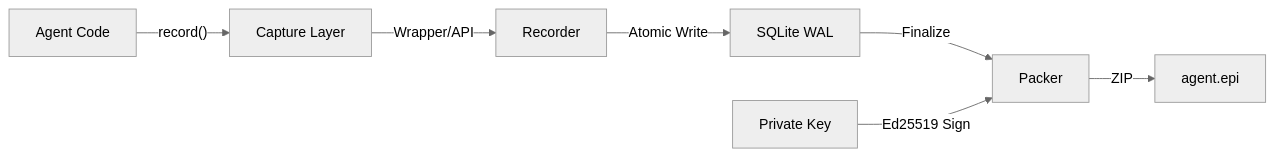
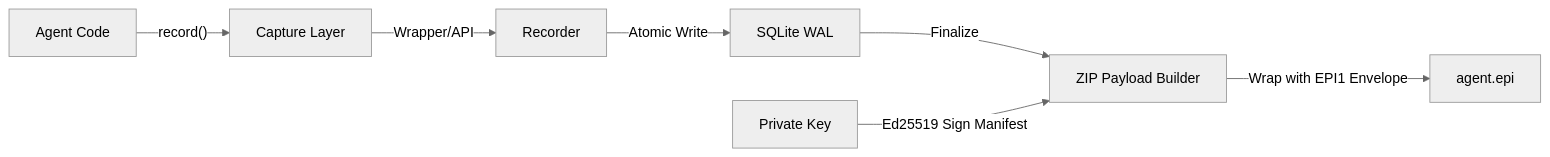
The diagram in README.md (mohdibrahimaiml/EPI-RECORDER), drawn with Mermaid (neutral theme) before and after one commit. The commit also changed other lines of this file and 49 other files, not shown here.

````diff
--- a/README.md
+++ b/README.md
@@ -499,9 +506,9 @@
 ```mermaid
 flowchart LR
     A["Agent Code"] -->|"record()"| B["Capture Layer"]
     B -->|"Wrapper/API"| C["Recorder"]
     C -->|"Atomic Write"| D["SQLite WAL"]
-    D -->|"Finalize"| E["Packer"]
-    F["Private Key"] -->|"Ed25519 Sign"| E
-    E -->|"ZIP"| G["agent.epi"]
+    D -->|"Finalize"| E["ZIP Payload Builder"]
+    F["Private Key"] -->|"Ed25519 Sign Manifest"| E
+    E -->|"Wrap with EPI1 Envelope"| G["agent.epi"]
 ```
````
